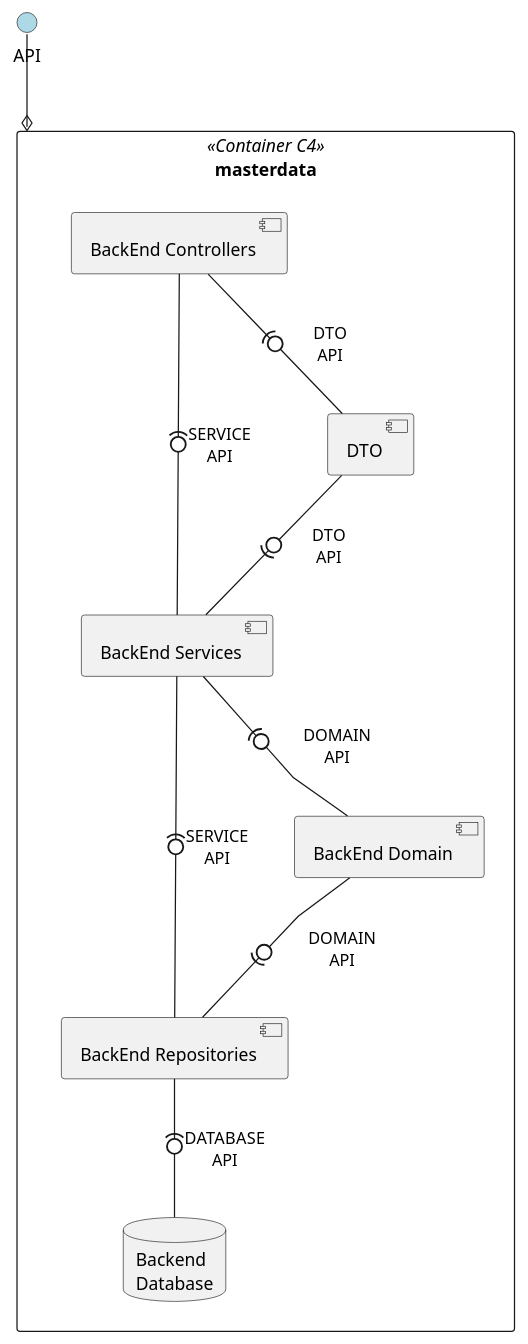
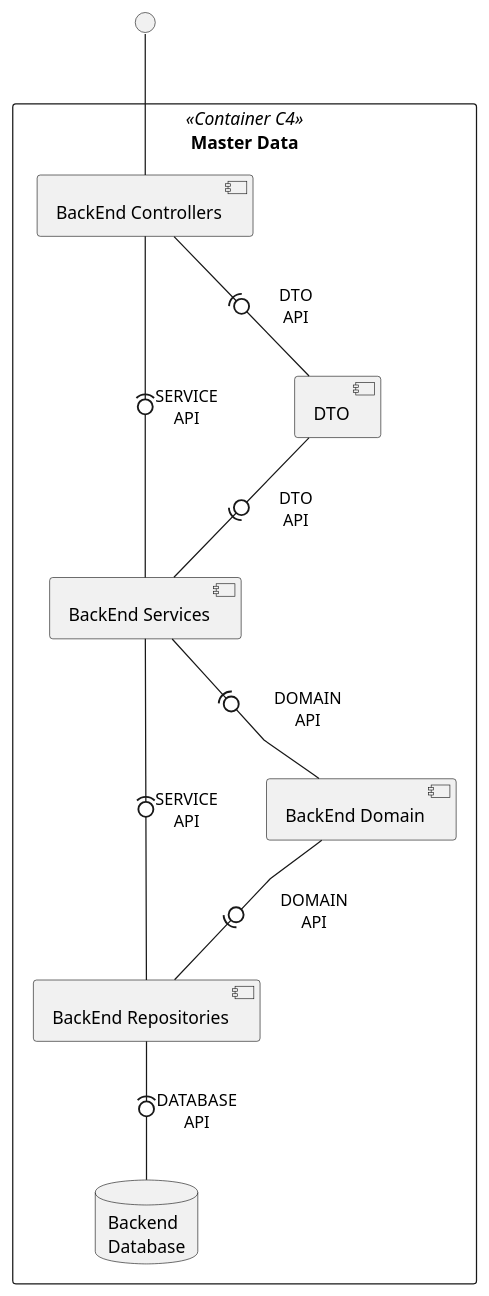
The diagram in docs/sprint_1/global_artifacts/arquitecture/level_4/logic_views/l4_logic_view_1.puml (BernasDzn/portit), drawn with PlantUML before and after one commit. The commit also changed 5 other files, not shown here.

Commit message:
docs(arquitecture): fixed controller ouside API as empty object to represent future UI's

```diff
--- a/docs/sprint_1/global_artifacts/arquitecture/level_4/logic_views/l4_logic_view_1.puml
+++ b/docs/sprint_1/global_artifacts/arquitecture/level_4/logic_views/l4_logic_view_1.puml
@@ -1,50 +1,50 @@
 @startuml logicview_n4
 skinparam Linetype polyline
 
-circle "API" as api #LightBlue
-
-api --o masterdata
+circle " " as api
 
 rectangle "Master Data" as masterdata <<Container C4>> {
 	
 	[row 1 empty] as empty1 #red
 	[BackEnd Controllers] as controller
 
 	[BackEnd Services] as service
 	[row 2 empty] as empty2 #red
 
 	[BackEnd Repositories] as repository
 	[row 3 empty] as empty3 #red
 
 	[DTO] as dtos
 	[BackEnd Domain] as domain
 	database "Backend\nDatabase" as database
 
 	hide empty1
 	hide empty2
 	hide empty3
 } 
+
+api -- controller
 
 ' row one 
 controller -d(0- dtos : "DTO\nAPI"
 controller -(0- service : "SERVICE\nAPI"
 empty1 -l- controller
 empty1 -d- dtos
 
 ' row three
 service -u(0- dtos : "DTO\nAPI"
 empty2 -l- service
 empty2 -u- dtos
 
 'row four
 service -d(0- repository : "SERVICE\nAPI"
 service -(0- domain : "DOMAIN\nAPI"
 repository -u(0- domain : "DOMAIN\nAPI"
 empty3 -l- repository
 empty2 -d- domain
 empty3 -u- domain
 
 repository -d(0- database : "DATABASE\nAPI"
 
 
 @enduml
```
